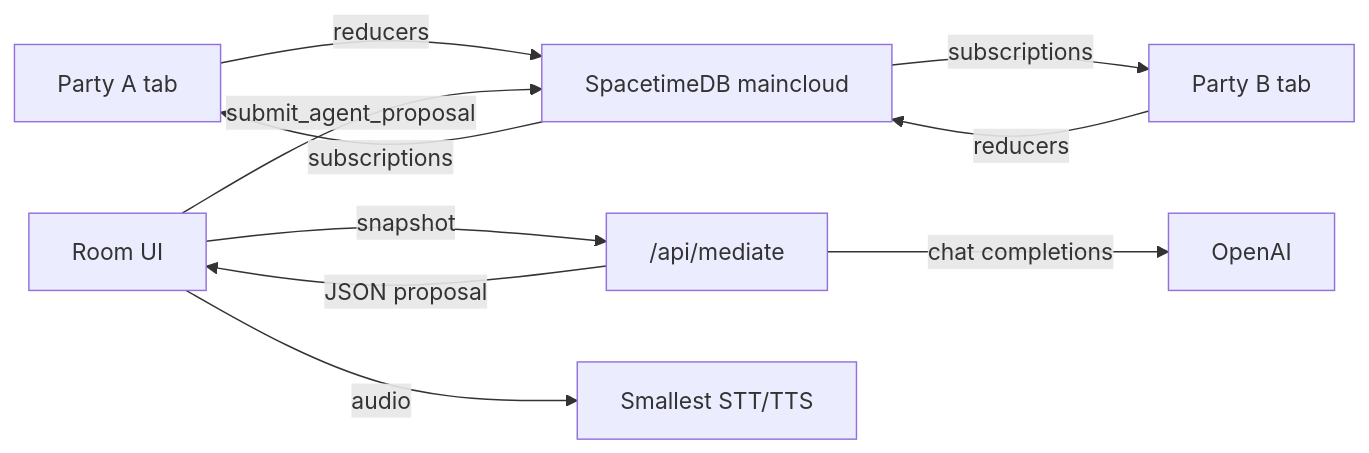
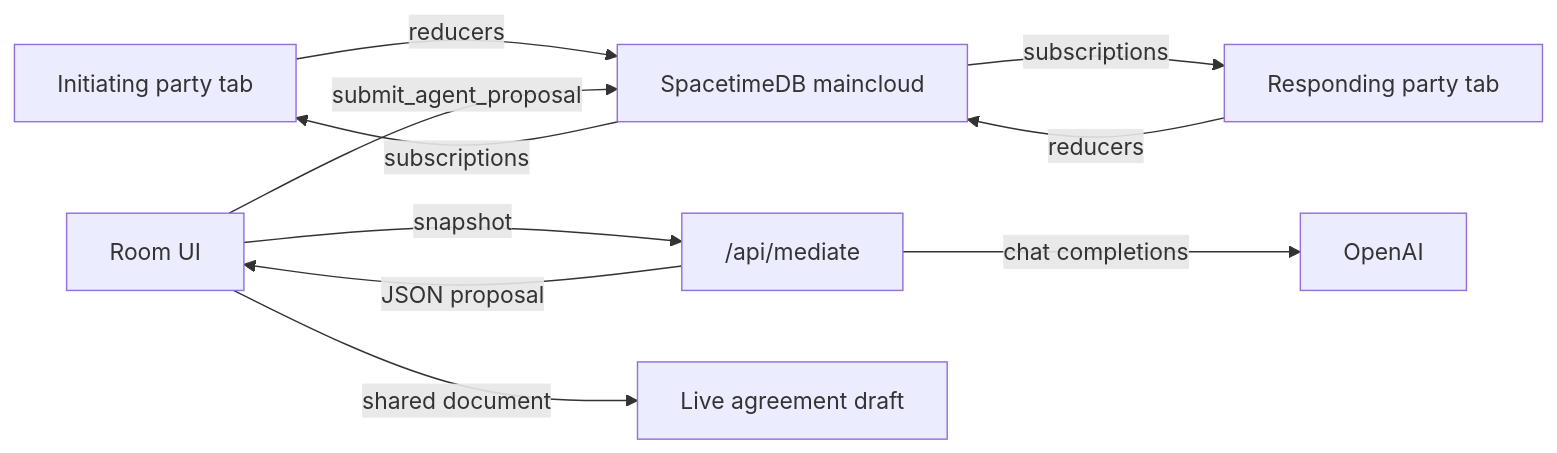
One commit to srini047/settle-midnight-moonshot changed the diagram in README.md. Above: the diagram before and after it, drawn with Mermaid. The commit also changed other lines of this file and 265 other files, not shown here.

````diff
--- a/README.md
+++ b/README.md
@@ -25,12 +26,12 @@
 ```mermaid
 flowchart LR
-  PartyA[Party A tab] -->|reducers| STD[SpacetimeDB maincloud]
-  PartyB[Party B tab] -->|reducers| STD
+  PartyA[Initiating party tab] -->|reducers| STD[SpacetimeDB maincloud]
+  PartyB[Responding party tab] -->|reducers| STD
   STD -->|subscriptions| PartyA
   STD -->|subscriptions| PartyB
   Room[Room UI] -->|snapshot| Mediate["/api/mediate"]
   Mediate -->|chat completions| OpenAI[OpenAI]
   Mediate -->|JSON proposal| Room
   Room -->|submit_agent_proposal| STD
-  Room -->|audio| Smallest[Smallest STT/TTS]
+  Room -->|shared document| Agreement[Live agreement draft]
 ```
````
